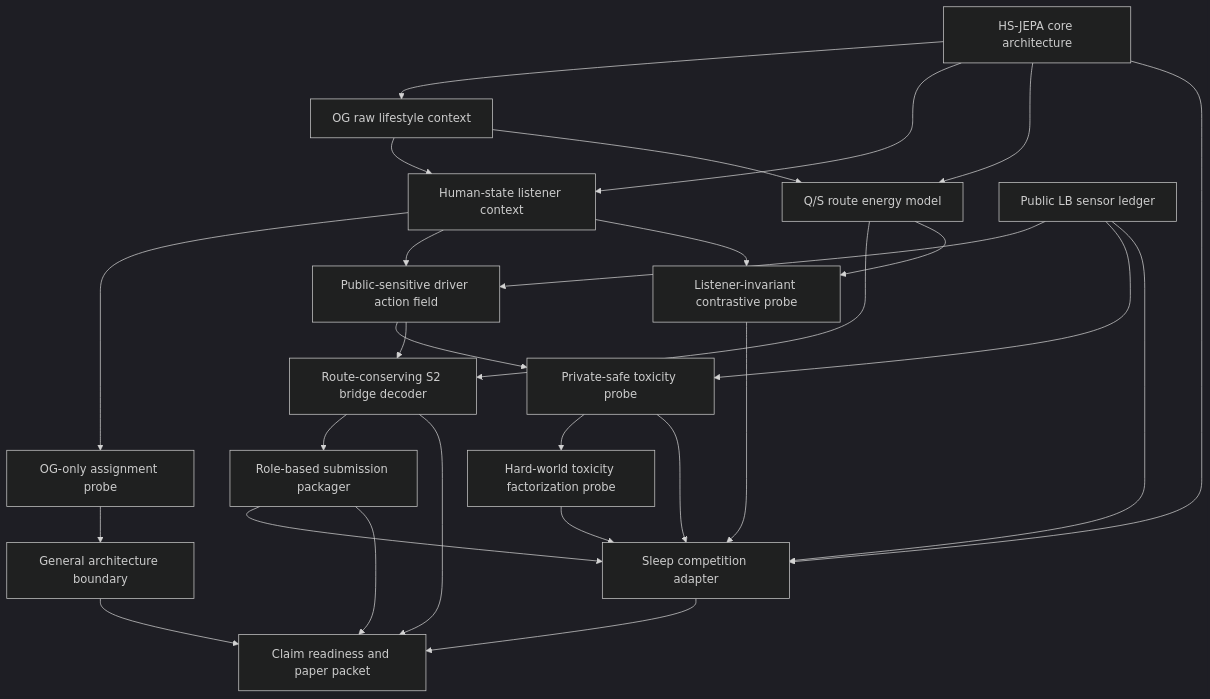
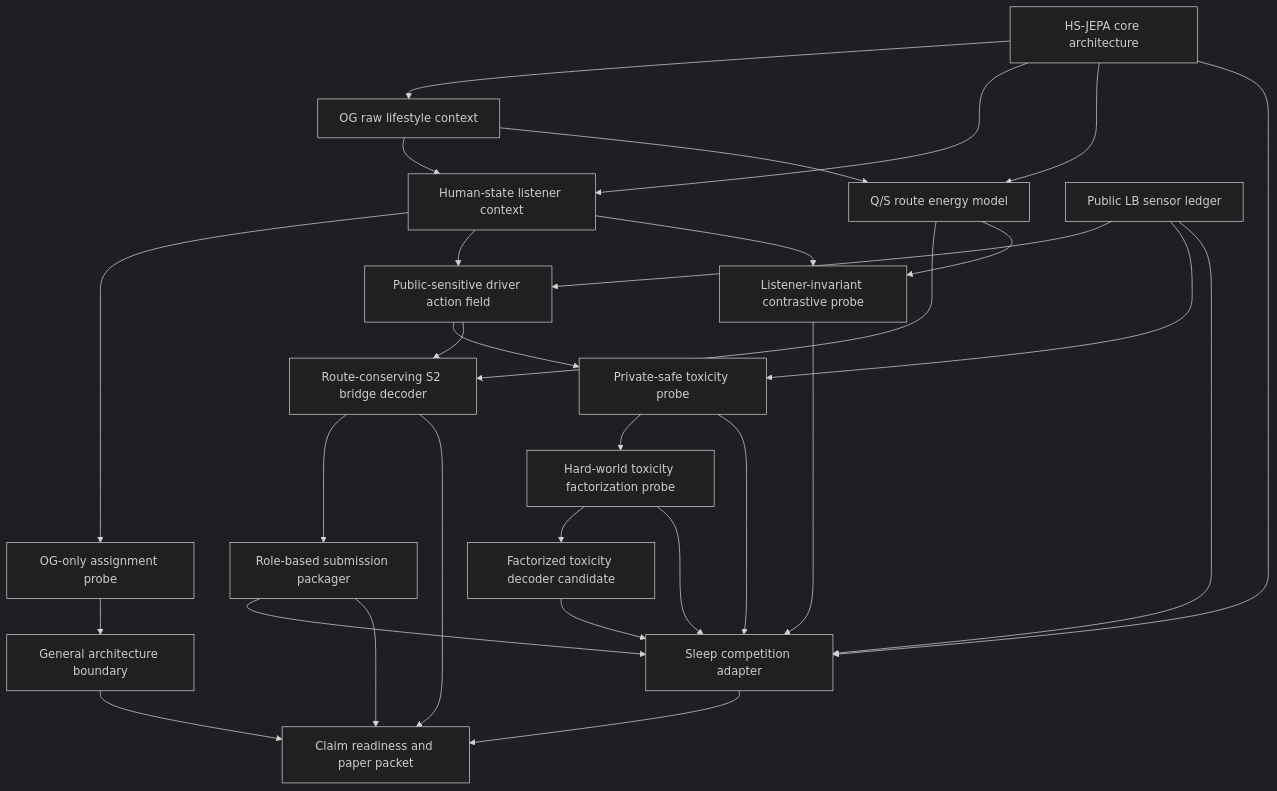
Before and after one commit to kbsooo/etri: the diagram in team_hsjepa_end_to_end/outputs/route_conserving_s2_bridge/hsjepa_pipeline_manifest_ko.md, drawn with Mermaid (dark theme). The commit also changed other lines of this file and 29 other files, not shown here.

Commit message:
feat(hsjepa): decode factorized toxicity candidate

````diff
--- a/team_hsjepa_end_to_end/outputs/route_conserving_s2_bridge/hsjepa_pipeline_manifest_ko.md
+++ b/team_hsjepa_end_to_end/outputs/route_conserving_s2_bridge/hsjepa_pipeline_manifest_ko.md
@@ -13,30 +13,32 @@
 ```mermaid
 flowchart TD
     CORE["HS-JEPA core architecture"] --> A["OG raw lifestyle context"]
     CORE --> C["Human-state listener context"]
     CORE --> D["Q/S route energy model"]
     A["OG raw lifestyle context"] --> C["Human-state listener context"]
     A --> D["Q/S route energy model"]
     C --> P1["OG-only assignment probe"]
     P1 --> GEN["General architecture boundary"]
     B["Public LB sensor ledger"] --> E["Public-sensitive driver action field"]
     C --> E
     D --> F["Route-conserving S2 bridge decoder"]
     C --> P2["Listener-invariant contrastive probe"]
     D --> P2
     B --> P3["Private-safe toxicity probe"]
     E --> P3
     P3 --> P4["Hard-world toxicity factorization probe"]
+    P4 --> P5["Factorized toxicity decoder candidate"]
     E --> F
     F --> G["Role-based submission packager"]
     G --> ADAPT["Sleep competition adapter"]
     CORE --> ADAPT
     B --> ADAPT
     P2 --> ADAPT
     P3 --> ADAPT
     P4 --> ADAPT
+    P5 --> ADAPT
     GEN --> H["Claim readiness and paper packet"]
     ADAPT --> H["Claim readiness and paper packet"]
     G --> H["Claim readiness and paper packet"]
     F --> H
 ```
````
